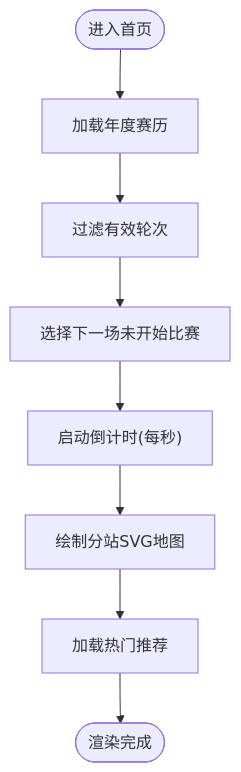
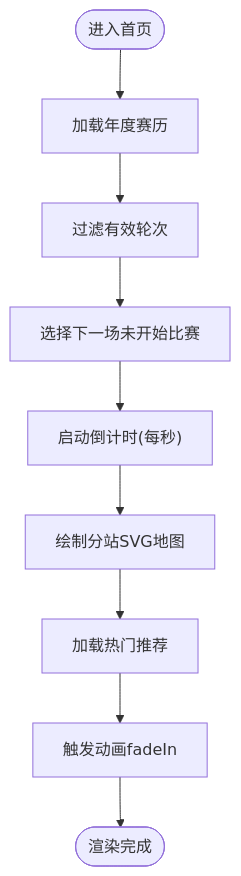
Before and after one commit to jianai0330/Fast-F1: the third of 18 diagrams in .qoder/repowiki/zh/content/微信小程序前端/微信小程序前端.md, drawn with Mermaid. The commit also changed other lines of this file and 22 other files, not shown here.

````diff
--- a/.qoder/repowiki/zh/content/微信小程序前端/微信小程序前端.md
+++ b/.qoder/repowiki/zh/content/微信小程序前端/微信小程序前端.md
@@ -176,10 +188,11 @@
 ```mermaid
 flowchart TD
 Start(["进入首页"]) --> LoadEvents["加载年度赛历"]
 LoadEvents --> Filter["过滤有效轮次"]
 Filter --> PickNext["选择下一场未开始比赛"]
 PickNext --> InitCountdown["启动倒计时(每秒)"]
 InitCountdown --> DrawMap["绘制分站SVG地图"]
 DrawMap --> LoadHot["加载热门推荐"]
-LoadHot --> Ready(["渲染完成"])
+LoadHot --> FadeIn["触发动画fadeIn"]
+FadeIn --> Ready(["渲染完成"])
 ```
````
